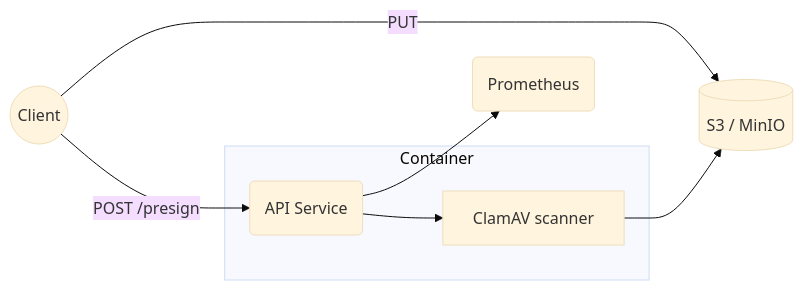
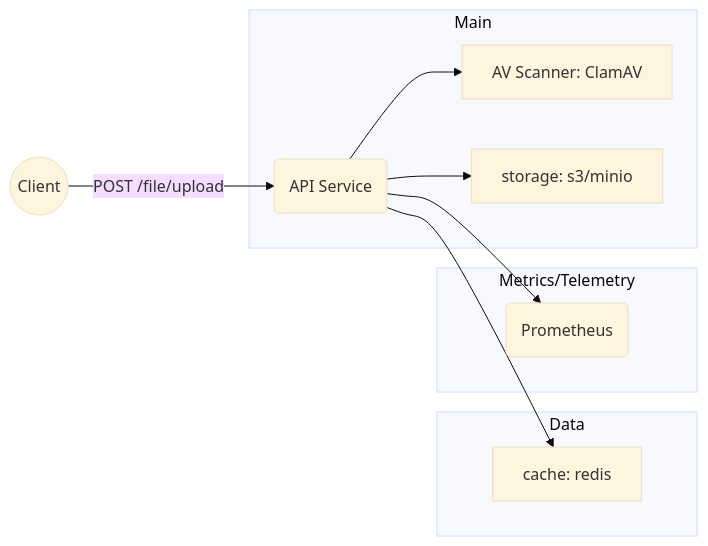
The diagram in README.md (maxubrq/Uplox), drawn with Mermaid (base theme) before and after one commit.

````diff
--- a/README.md
+++ b/README.md
@@ -57,12 +57,19 @@
 ```mermaid
 flowchart LR
-  client((Client)) -- POST /presign --> api(API Service)
-  client -- PUT --> s3[(S3 / MinIO)]
-  api --> clam[ClamAV scanner]
-  clam --> s3
+  client((Client)) -- POST /file/upload --> api(API Service)
+  api --> av[AV Scanner: ClamAV]
   api --> prom(Prometheus)
-  subgraph Container
+  api --> storage[storage: s3/minio]
+  api --> cache[cache: redis]
+  subgraph Main
     api
-    clam
+    storage
+    av
+  end
+  subgraph Data
+    cache
+  end
+  subgraph Metrics/Telemetry
+    prom
   end
 ```
````
